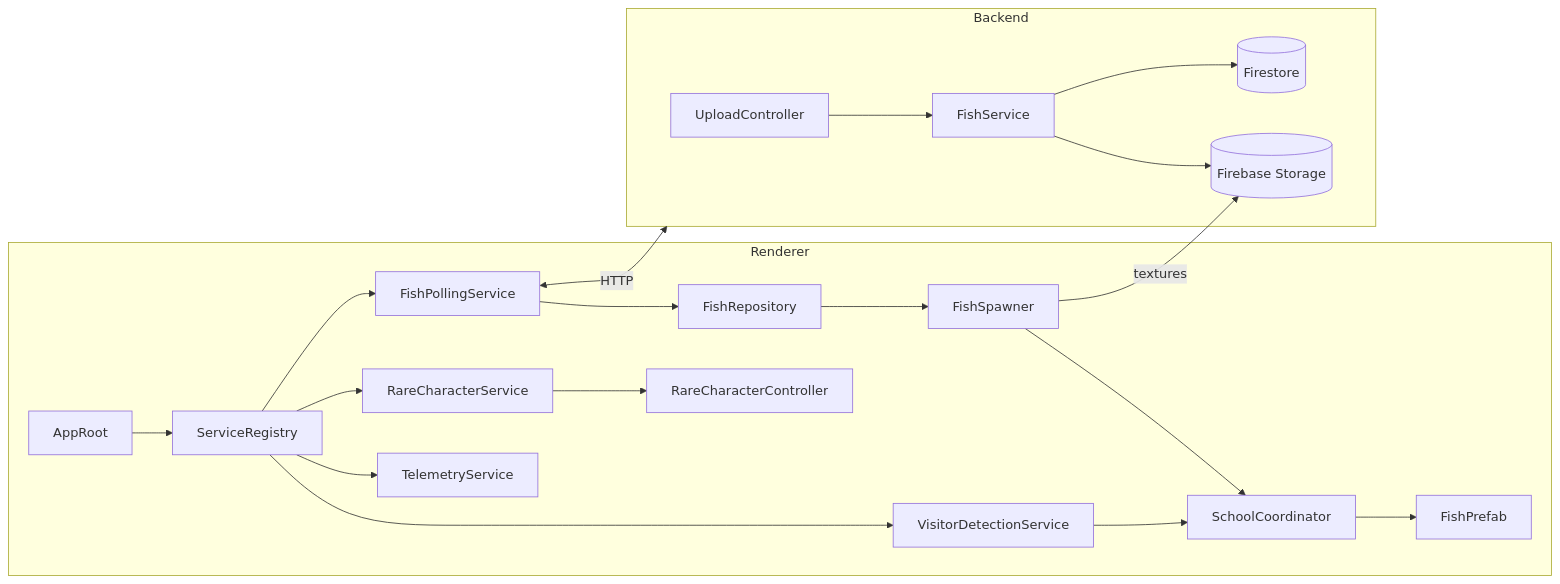
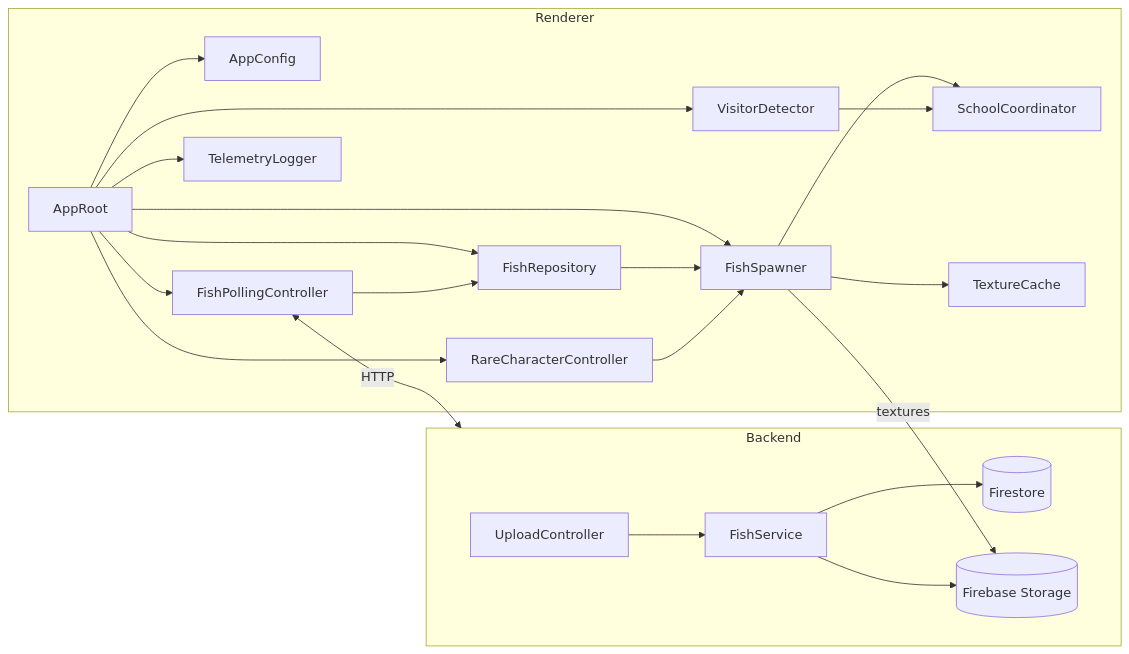
Before and after one commit to gdsc-osaka/machikane25: the diagram in apps/art/Architecture.md, drawn with Mermaid. The commit also changed other lines of this file and 1 other file, not shown here.

Commit message:
Simplified Architecture.md and task-1-app-bootstrap.md

````diff
--- a/apps/art/Architecture.md
+++ b/apps/art/Architecture.md
@@ -11,23 +11,25 @@
 ```mermaid
 flowchart LR
     subgraph Renderer
-        AppRoot --> ServiceRegistry
-        ServiceRegistry --> FishPollingService
-        ServiceRegistry --> VisitorDetectionService
-        ServiceRegistry --> RareCharacterService
-        FishPollingService --> FishRepository
+        AppRoot --> AppConfig
+        AppRoot --> FishPollingController
+        AppRoot --> FishRepository
+        AppRoot --> FishSpawner
+        AppRoot --> VisitorDetector
+        AppRoot --> RareCharacterController
+        AppRoot --> TelemetryLogger
+        FishPollingController --> FishRepository
         FishRepository --> FishSpawner
-        VisitorDetectionService --> SchoolCoordinator
         FishSpawner --> SchoolCoordinator
-        SchoolCoordinator --> FishPrefab
-        RareCharacterService --> RareCharacterController
-        ServiceRegistry --> TelemetryService
+        FishSpawner --> TextureCache
+        VisitorDetector --> SchoolCoordinator
+        RareCharacterController --> FishSpawner
     end
     subgraph Backend
         UploadController --> FishService
         FishService --> Firestore[(Firestore)]
         FishService --> Storage[(Firebase Storage)]
     end
-    FishPollingService <-- HTTP --> Backend
+    FishPollingController <-- HTTP --> Backend
     FishSpawner -->|textures| Storage
 ```
````
